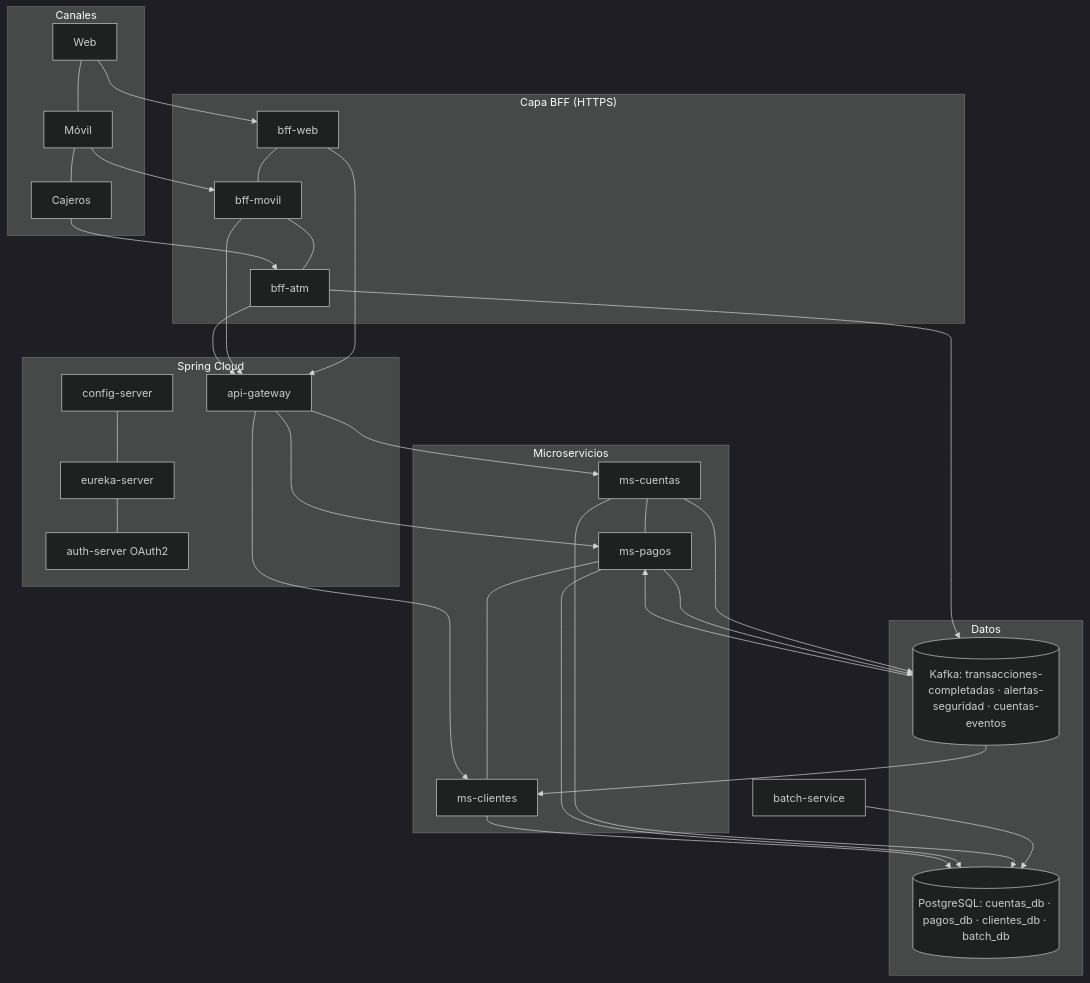
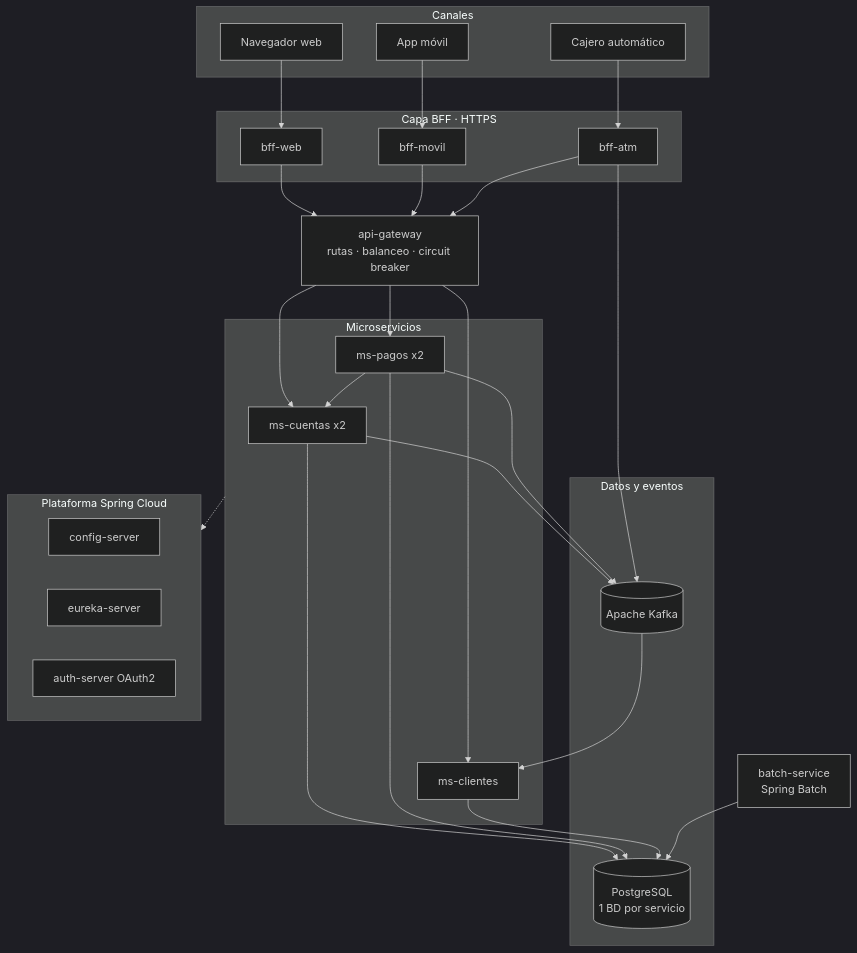
Before and after one commit to camiluck/banco-xyz-eft: the first of 4 diagrams in docs/informe-tecnico.md, drawn with Mermaid (dark theme). The commit also changed other lines of this file and 5 other files, not shown here.

````diff
--- a/docs/informe-tecnico.md
+++ b/docs/informe-tecnico.md
@@ -50,27 +50,40 @@
 ```mermaid
 flowchart TB
-    subgraph Canales
-        W[Web] --- M[Móvil] --- A[Cajeros]
+    subgraph CAN[Canales]
+        W[Navegador web]
+        M[App móvil]
+        A[Cajero automático]
     end
-    subgraph Borde["Capa BFF (HTTPS)"]
-        BW[bff-web] --- BM[bff-movil] --- BA[bff-atm]
+    subgraph BFF[Capa BFF · HTTPS]
+        BW[bff-web]
+        BM[bff-movil]
+        BA[bff-atm]
     end
-    subgraph Plataforma["Spring Cloud"]
-        CFG[config-server] --- EU[eureka-server] --- AUTH[auth-server OAuth2]
-        GW[api-gateway]
+    GW[api-gateway<br/>rutas · balanceo · circuit breaker]
+    subgraph MS[Microservicios]
+        C[ms-cuentas x2]
+        P[ms-pagos x2]
+        CL[ms-clientes]
     end
-    subgraph Negocio["Microservicios"]
-        C[ms-cuentas] --- P[ms-pagos] --- CL[ms-clientes]
+    subgraph DAT[Datos y eventos]
+        PG[(PostgreSQL<br/>1 BD por servicio)]
+        K[(Apache Kafka)]
     end
-    subgraph Datos
-        PG[(PostgreSQL: cuentas_db · pagos_db · clientes_db · batch_db)]
-        K[(Kafka: transacciones-completadas · alertas-seguridad · cuentas-eventos)]
+    subgraph PLAT[Plataforma Spring Cloud]
+        CFG[config-server]
+        EU[eureka-server]
+        AUTH[auth-server OAuth2]
     end
-    B[batch-service] --> PG
+    B[batch-service<br/>Spring Batch]
     W --> BW
     M --> BM
     A --> BA
-    BW & BM & BA --> GW --> C & P & CL
+    BW & BM & BA --> GW
+    GW --> C & P & CL
+    P --> C
     C & P & CL --> PG
-    C & P & BA --> K --> CL & P
+    C & P & BA --> K
+    K --> CL
+    B --> PG
+    MS -.-> PLAT
 ```
````
